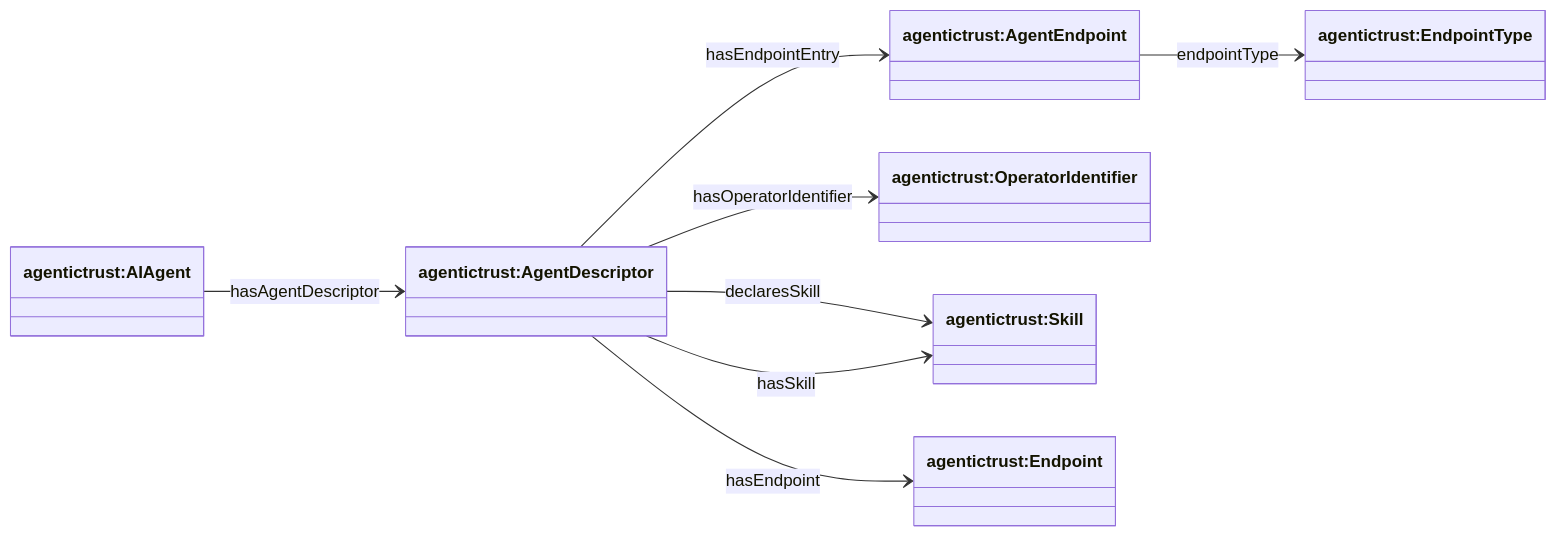
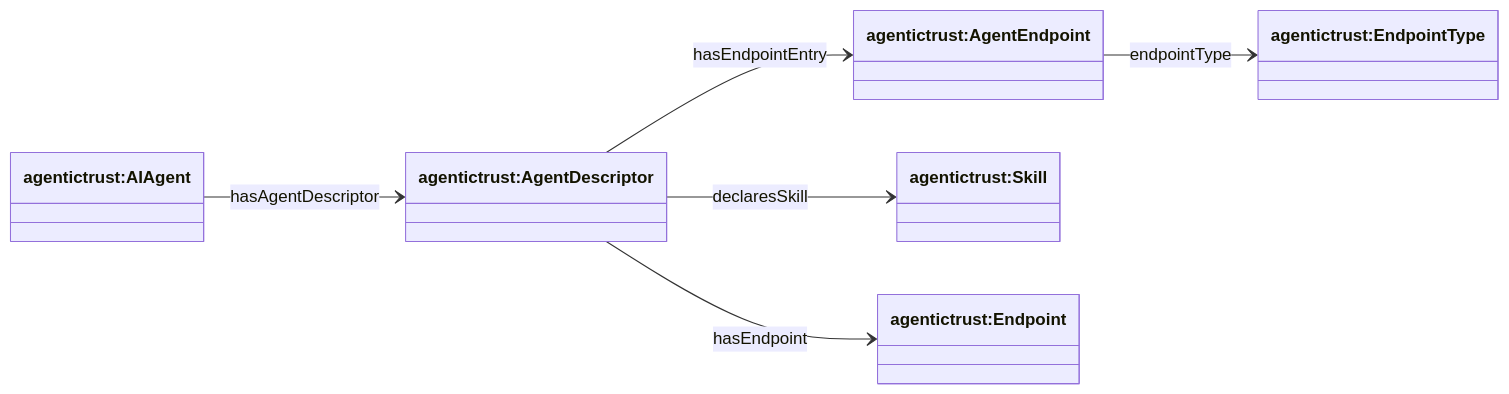
Before and after one commit to Agentic-Trust-Layer/agent-explorer: the third of 6 diagrams in docs/ontology/description.md, drawn with Mermaid. The commit also changed other lines of this file and 22 other files, not shown here.

````diff
--- a/docs/ontology/description.md
+++ b/docs/ontology/description.md
@@ -43,22 +84,17 @@
 ```mermaid
 classDiagram
 direction LR
 
 class AIAgent["agentictrust:AIAgent"]
+class AgentDescriptor["agentictrust:AgentDescriptor"]
 class AgentEndpoint["agentictrust:AgentEndpoint"]
 class EndpointType["agentictrust:EndpointType"]
-class OperatorIdentifier["agentictrust:OperatorIdentifier"]
-class AgentDescriptor["agentictrust:AgentDescriptor"]
 class Skill["agentictrust:Skill"]
 class Endpoint["agentictrust:Endpoint"]
 
 AIAgent --> AgentDescriptor : hasAgentDescriptor
-
 AgentDescriptor --> AgentEndpoint : hasEndpointEntry
 AgentEndpoint --> EndpointType : endpointType
-AgentDescriptor --> OperatorIdentifier : hasOperatorIdentifier
-
 AgentDescriptor --> Skill : declaresSkill
-AgentDescriptor --> Skill : hasSkill
 AgentDescriptor --> Endpoint : hasEndpoint
 ```
````
